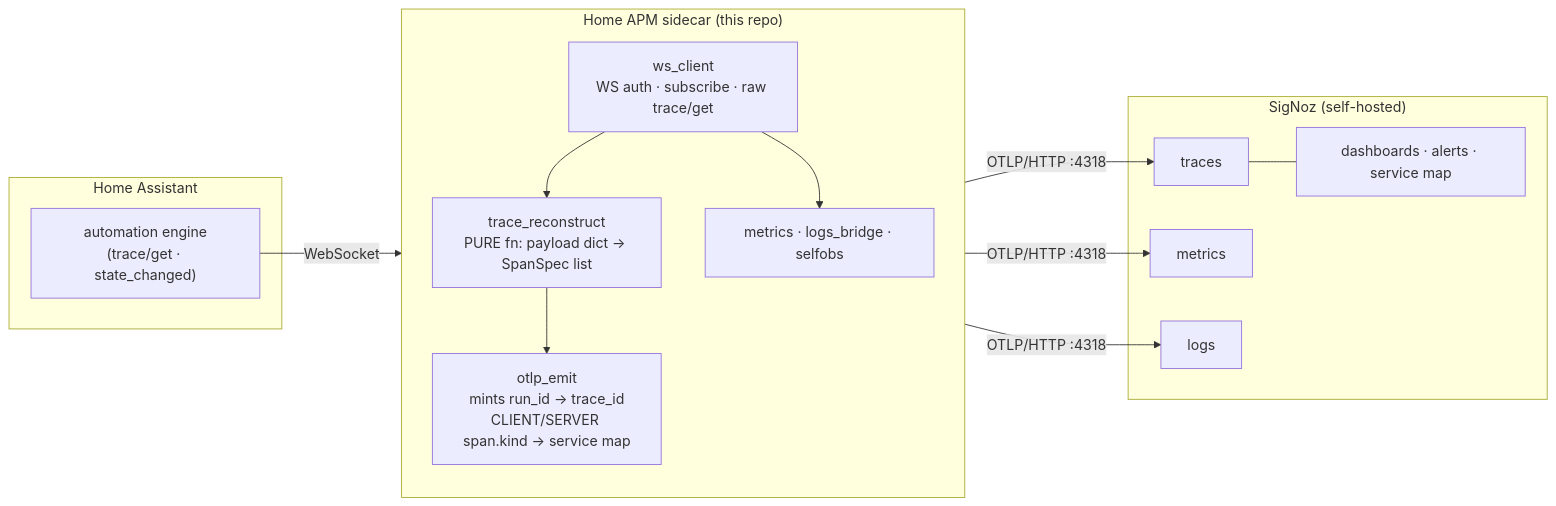
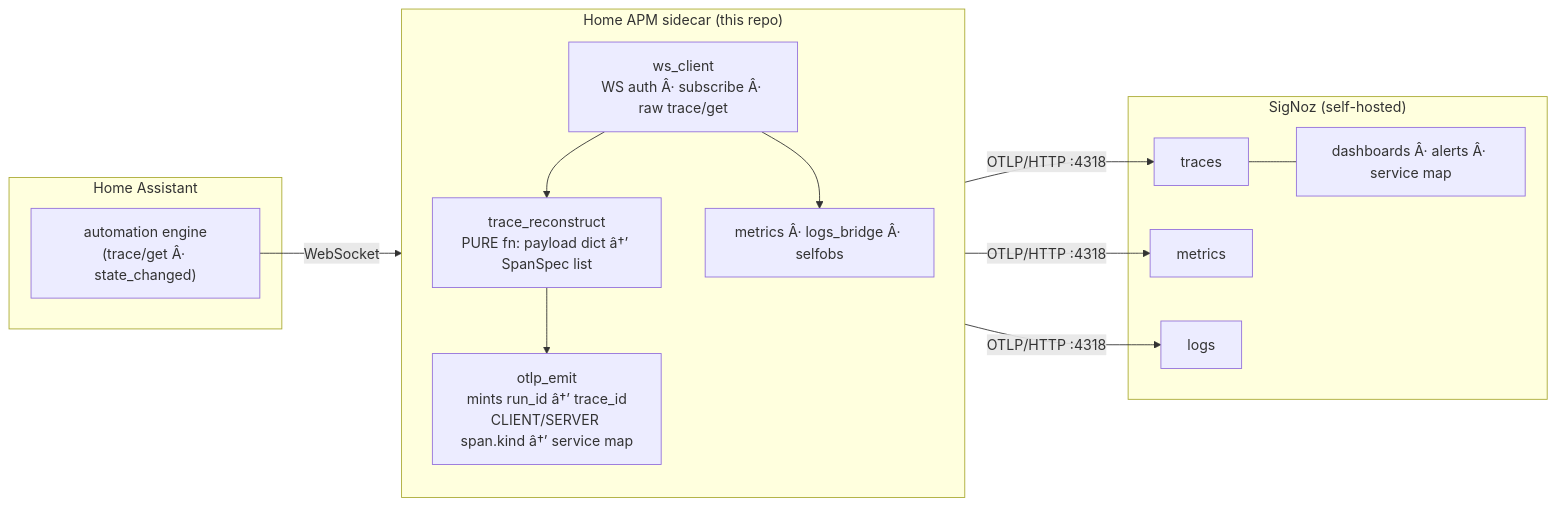
The diagram in README.md (wiz-abhi/Home-APM), drawn with Mermaid before and after one commit. The commit also changed other lines of this file and 6 other files, not shown here.

````diff
--- a/README.md
+++ b/README.md
@@ -64,26 +64,26 @@
 ```mermaid
 flowchart LR
     subgraph HA["Home Assistant"]
-      AE["automation engine<br/>(trace/get · state_changed)"]
+      AE["automation engine<br/>(trace/get Â· state_changed)"]
     end
     subgraph SIDE["Home APM sidecar (this repo)"]
       direction TB
-      WS["ws_client<br/>WS auth · subscribe · raw trace/get"]
-      TR["trace_reconstruct<br/>PURE fn: payload dict → SpanSpec list"]
-      EM["otlp_emit<br/>mints run_id → trace_id<br/>CLIENT/SERVER span.kind → service map"]
-      MET["metrics · logs_bridge · selfobs"]
+      WS["ws_client<br/>WS auth Â· subscribe Â· raw trace/get"]
+      TR["trace_reconstruct<br/>PURE fn: payload dict â†’ SpanSpec list"]
+      EM["otlp_emit<br/>mints run_id â†’ trace_id<br/>CLIENT/SERVER span.kind â†’ service map"]
+      MET["metrics Â· logs_bridge Â· selfobs"]
       WS --> TR --> EM
       WS --> MET
     end
     subgraph SZ["SigNoz (self-hosted)"]
       T["traces"]
       M["metrics"]
       L["logs"]
-      D["dashboards · alerts · service map"]
+      D["dashboards Â· alerts Â· service map"]
     end
     AE -- "WebSocket" --> WS
     EM -- "OTLP/HTTP :4318" --> T
     MET -- "OTLP/HTTP :4318" --> M
     MET -- "OTLP/HTTP :4318" --> L
     T --- D
 ```
````
